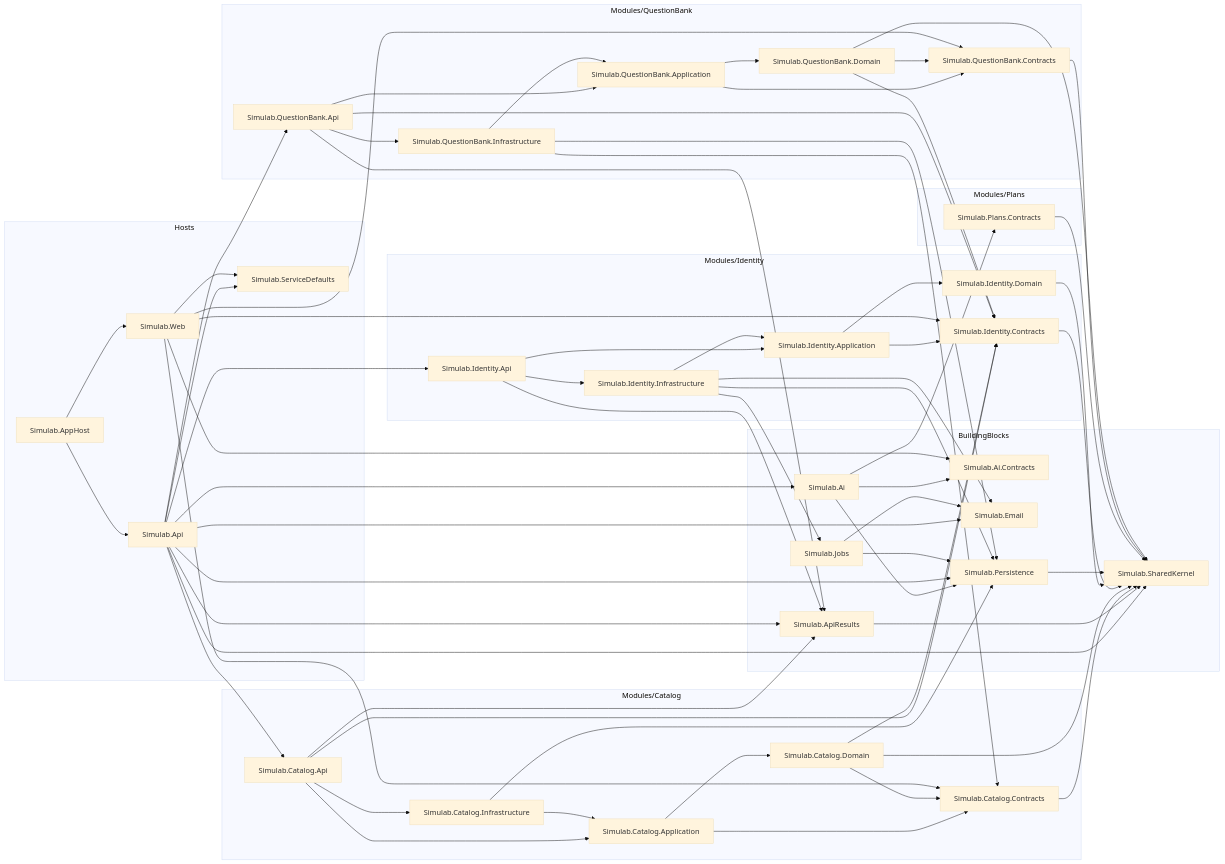
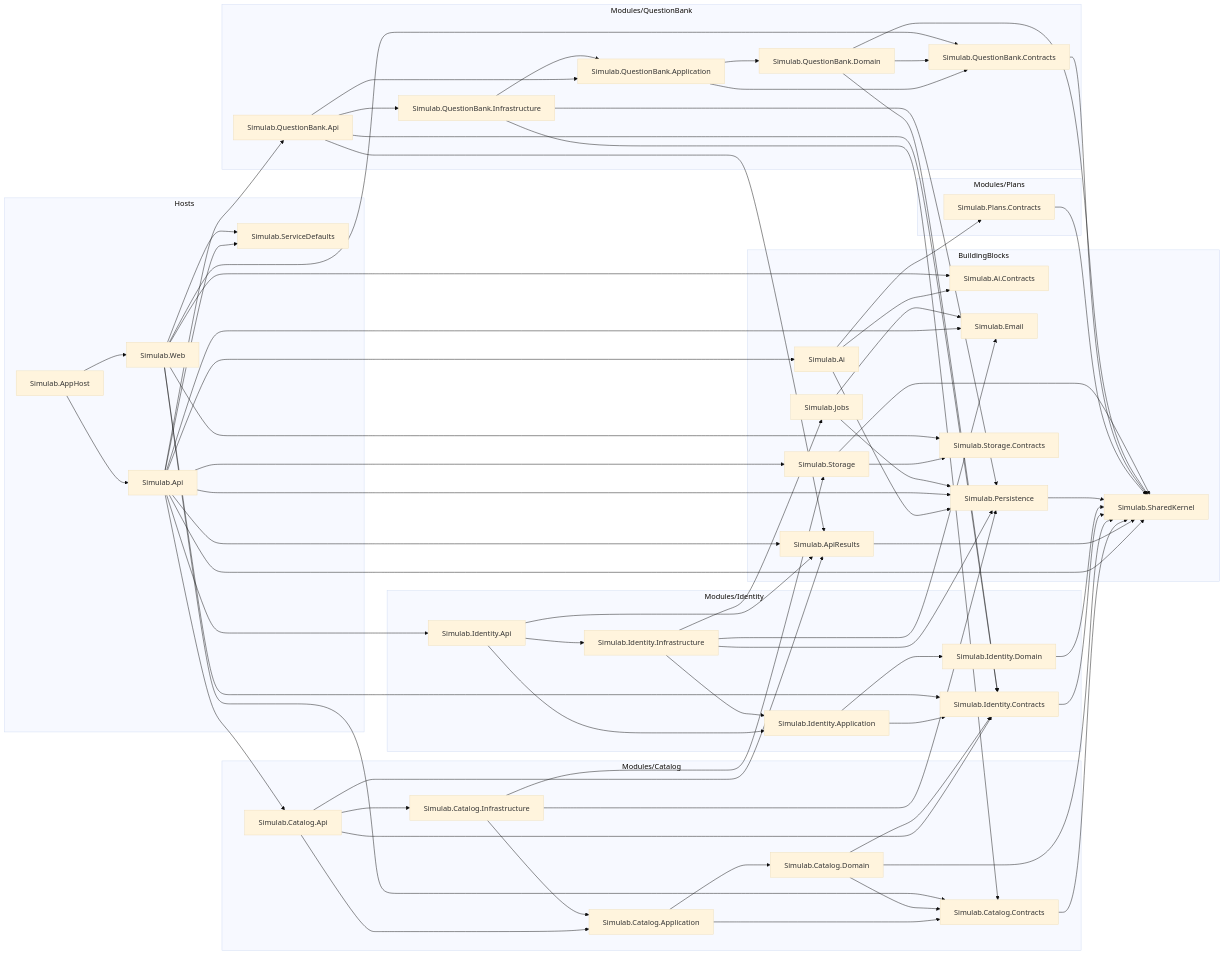
Before and after one commit to alexcanario/simulab: the diagram in docs/architecture/modules.md, drawn with Mermaid (base theme). The commit also changed 4 other files, not shown here.

````diff
--- a/docs/architecture/modules.md
+++ b/docs/architecture/modules.md
@@ -12,6 +12,8 @@
         Simulab_Jobs["Simulab.Jobs"]
         Simulab_Persistence["Simulab.Persistence"]
         Simulab_SharedKernel["Simulab.SharedKernel"]
+        Simulab_Storage["Simulab.Storage"]
+        Simulab_Storage_Contracts["Simulab.Storage.Contracts"]
     end
     subgraph Hosts["Hosts"]
         Simulab_Api["Simulab.Api"]
@@ -55,6 +57,7 @@
     Simulab_Api --> Simulab_QuestionBank_Api
     Simulab_Api --> Simulab_ServiceDefaults
     Simulab_Api --> Simulab_SharedKernel
+    Simulab_Api --> Simulab_Storage
     Simulab_ApiResults --> Simulab_SharedKernel
     Simulab_AppHost --> Simulab_Api
     Simulab_AppHost --> Simulab_Web
@@ -70,6 +73,7 @@
     Simulab_Catalog_Domain --> Simulab_SharedKernel
     Simulab_Catalog_Infrastructure --> Simulab_Catalog_Application
     Simulab_Catalog_Infrastructure --> Simulab_Persistence
+    Simulab_Catalog_Infrastructure --> Simulab_Storage
     Simulab_Identity_Api --> Simulab_ApiResults
     Simulab_Identity_Api --> Simulab_Identity_Application
     Simulab_Identity_Api --> Simulab_Identity_Infrastructure
@@ -98,9 +102,12 @@
     Simulab_QuestionBank_Infrastructure --> Simulab_Catalog_Contracts
     Simulab_QuestionBank_Infrastructure --> Simulab_Persistence
     Simulab_QuestionBank_Infrastructure --> Simulab_QuestionBank_Application
+    Simulab_Storage --> Simulab_SharedKernel
+    Simulab_Storage --> Simulab_Storage_Contracts
     Simulab_Web --> Simulab_Ai_Contracts
     Simulab_Web --> Simulab_Catalog_Contracts
     Simulab_Web --> Simulab_Identity_Contracts
     Simulab_Web --> Simulab_QuestionBank_Contracts
     Simulab_Web --> Simulab_ServiceDefaults
+    Simulab_Web --> Simulab_Storage_Contracts
 ```
````
